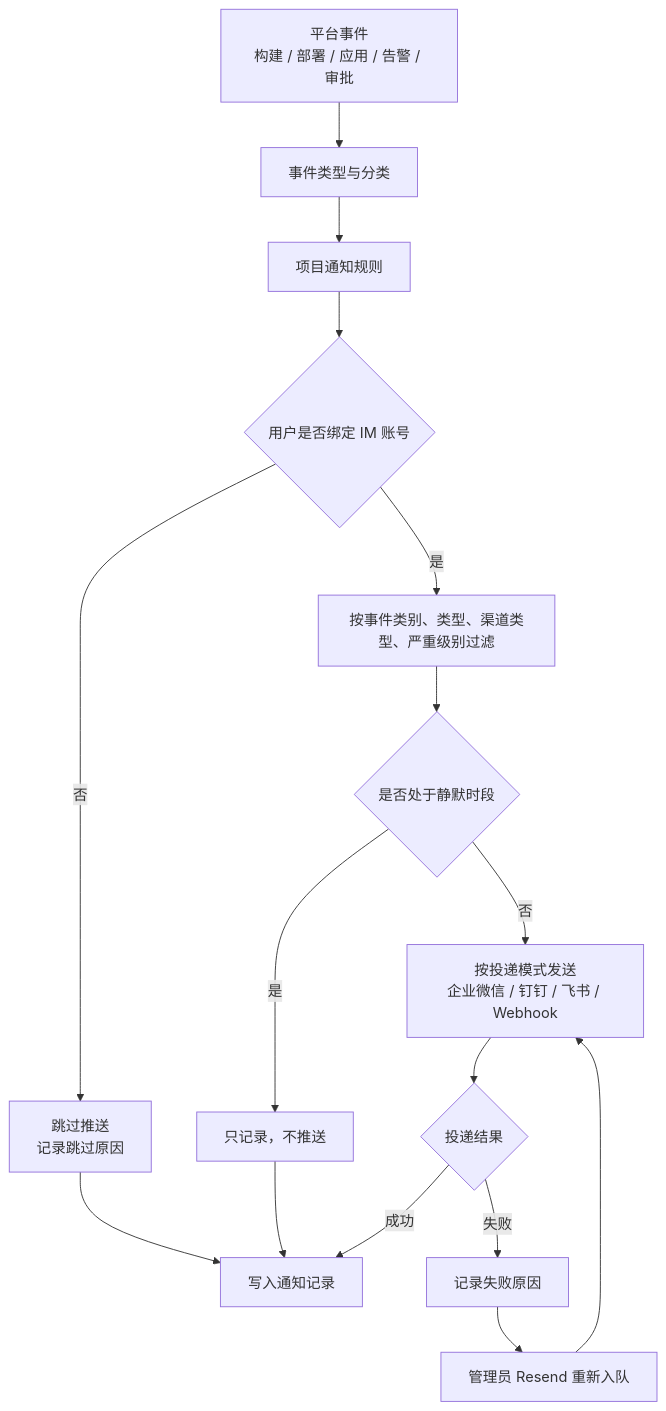
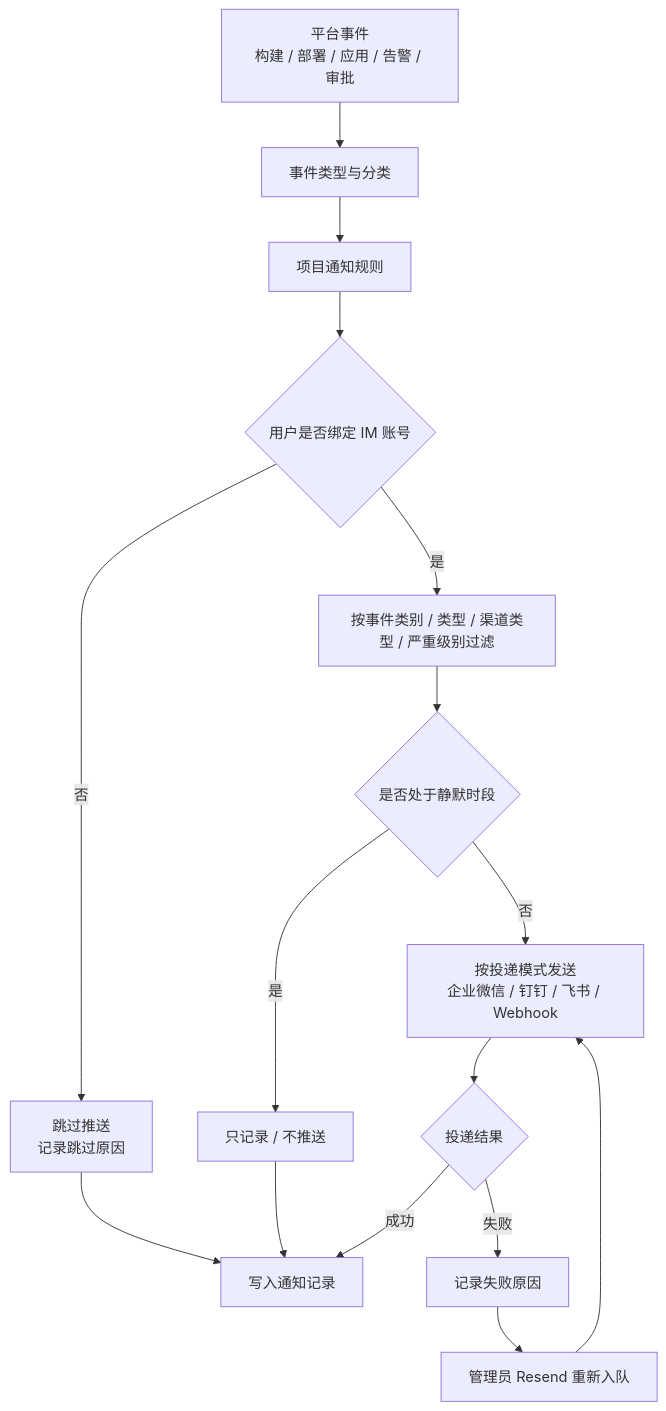
One commit to kube-do/kdo changed the diagram in docs/admin/notifications/index.md. Above: the diagram before and after it, drawn with Mermaid. The commit also changed 133 other files, not shown here.

First line of the commit message:
docs: 补充全站流程图与线框图并修正文档问题

````diff
--- a/docs/admin/notifications/index.md
+++ b/docs/admin/notifications/index.md
@@ -25,18 +25,18 @@
 ```mermaid
 flowchart TD
     A[平台事件<br/>构建 / 部署 / 应用 / 告警 / 审批] --> B[事件类型与分类]
     B --> C[项目通知规则]
     C --> D{用户是否绑定 IM 账号}
     D -->|否| E[跳过推送<br/>记录跳过原因]
-    D -->|是| F[按事件类别、类型、渠道类型、严重级别过滤]
+    D -->|是| F[按事件类别 / 类型 / 渠道类型 / 严重级别过滤]
     F --> G{是否处于静默时段}
-    G -->|是| H[只记录，不推送]
+    G -->|是| H[只记录 / 不推送]
     G -->|否| I[按投递模式发送<br/>企业微信 / 钉钉 / 飞书 / Webhook]
     I --> J{投递结果}
     J -->|成功| K[写入通知记录]
     J -->|失败| L[记录失败原因]
     L --> M[管理员 Resend 重新入队]
     M --> I
     E --> K
     H --> K
 ```
````
